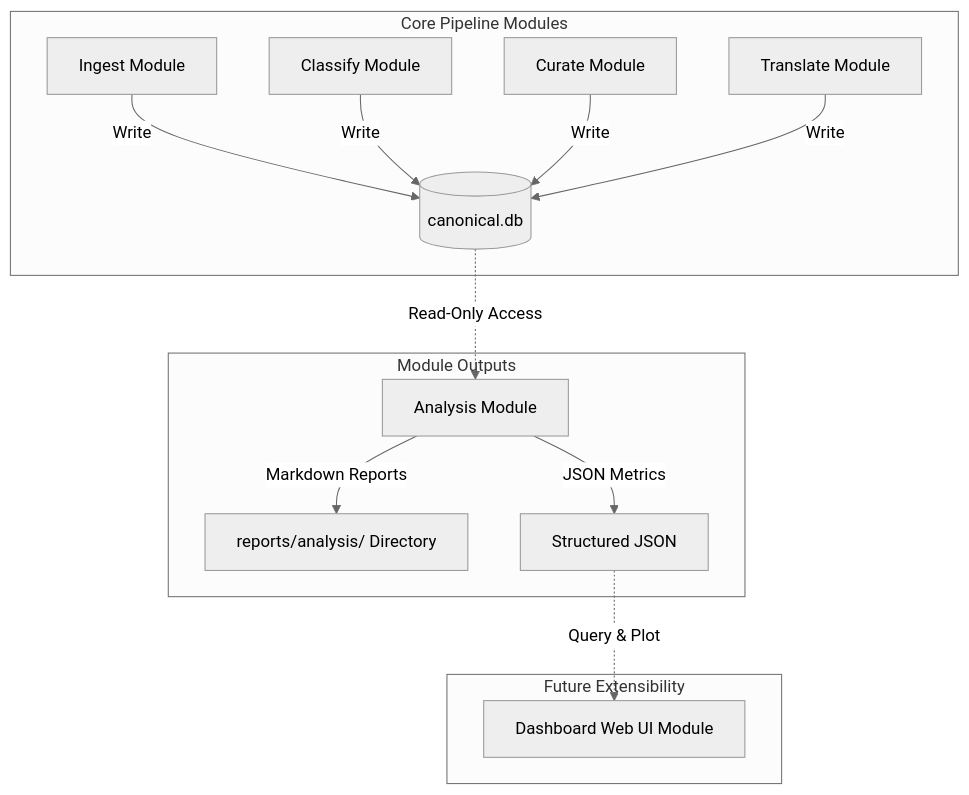
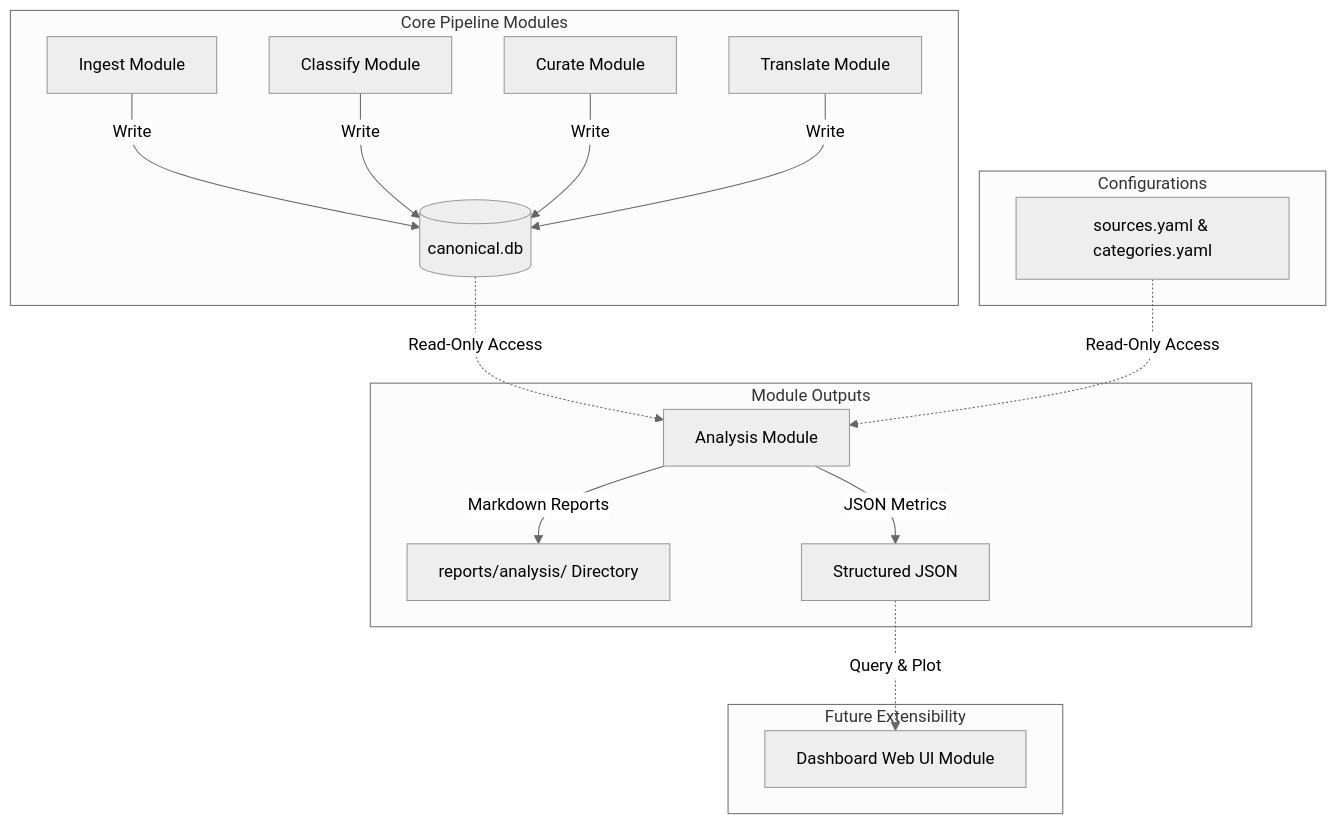
One commit to unendless314/exopolitics changed the diagram in modules/analysis/docs/ANALYSIS_BOUNDARIES.md. Above: the diagram before and after it, drawn with Mermaid (neutral theme). The commit also changed other lines of this file and 5 other files, not shown here.

````diff
--- a/modules/analysis/docs/ANALYSIS_BOUNDARIES.md
+++ b/modules/analysis/docs/ANALYSIS_BOUNDARIES.md
@@ -15,20 +20,25 @@
 ```mermaid
 graph TD
+    subgraph Configurations [Configurations]
+        yaml[sources.yaml & categories.yaml]
+    end
+
     subgraph Core Pipeline Modules [Core Pipeline Modules]
         ingest[Ingest Module] -->|Write| db[(canonical.db)]
         classify[Classify Module] -->|Write| db
         curate[Curate Module] -->|Write| db
         translate[Translate Module] -->|Write| db
     end
 
     db -.->|Read-Only Access| analysis[Analysis Module]
+    yaml -.->|Read-Only Access| analysis
     
     subgraph Outputs [Module Outputs]
         analysis -->|Markdown Reports| reports_dir[reports/analysis/ Directory]
         analysis -->|JSON Metrics| json[Structured JSON]
     end
 
     subgraph Future Extensibility [Future Extensibility]
         json -.->|Query & Plot| dashboard[Dashboard Web UI Module]
     end
 ```
````
